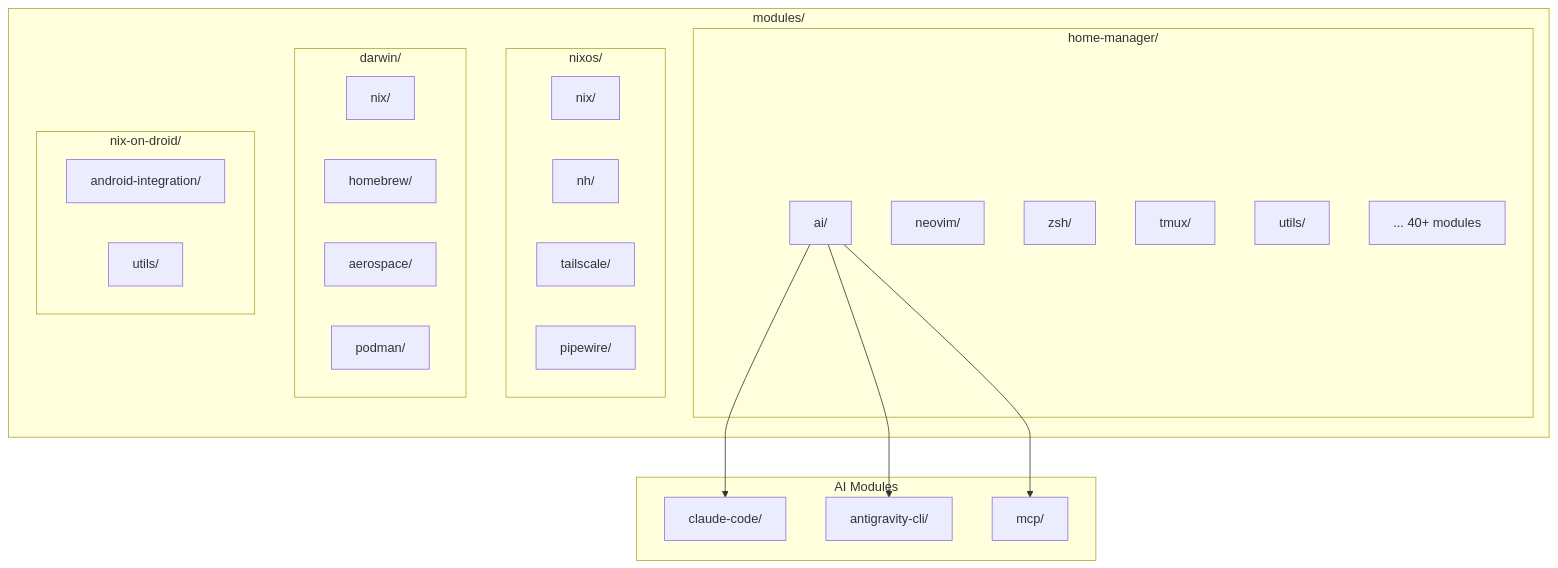
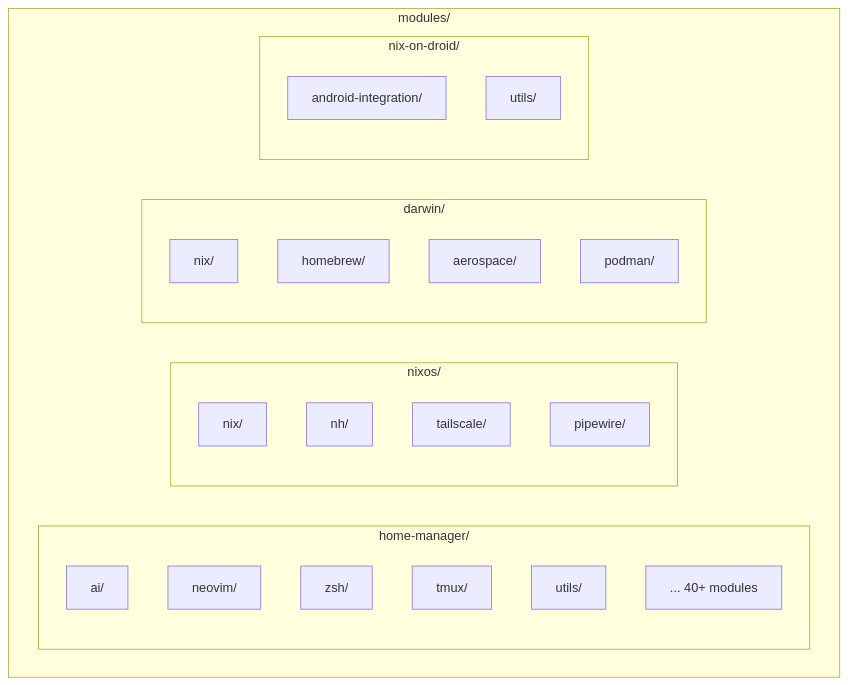
One commit to idjoo/dotfiles changed the fourth of 14 diagrams in docs/ARCHITECTURE.md. Above: the diagram before and after it, drawn with Mermaid. The commit also changed other lines of this file and 19 other files, not shown here.

````diff
--- a/docs/ARCHITECTURE.md
+++ b/docs/ARCHITECTURE.md
@@ -172,42 +172,32 @@
 ```mermaid
 graph TB
     subgraph "modules/"
         subgraph "home-manager/"
             AI[ai/]
             NV[neovim/]
             ZSH[zsh/]
             TMUX[tmux/]
             UTILS[utils/]
             OTHER[... 40+ modules]
         end
 
         subgraph "nixos/"
             NIX_N[nix/]
             NH[nh/]
             TS[tailscale/]
             PW[pipewire/]
         end
 
         subgraph "darwin/"
             NIX_D[nix/]
             HB[homebrew/]
             AS[aerospace/]
             PM[podman/]
         end
 
         subgraph "nix-on-droid/"
             ANDROID[android-integration/]
             UTILS_A[utils/]
         end
     end
-
-    subgraph "AI Modules"
-        CC[claude-code/]
-        GC[antigravity-cli/]
-        MCP[mcp/]
-    end
-
-    AI --> CC
-    AI --> GC
-    AI --> MCP
 ```
````
